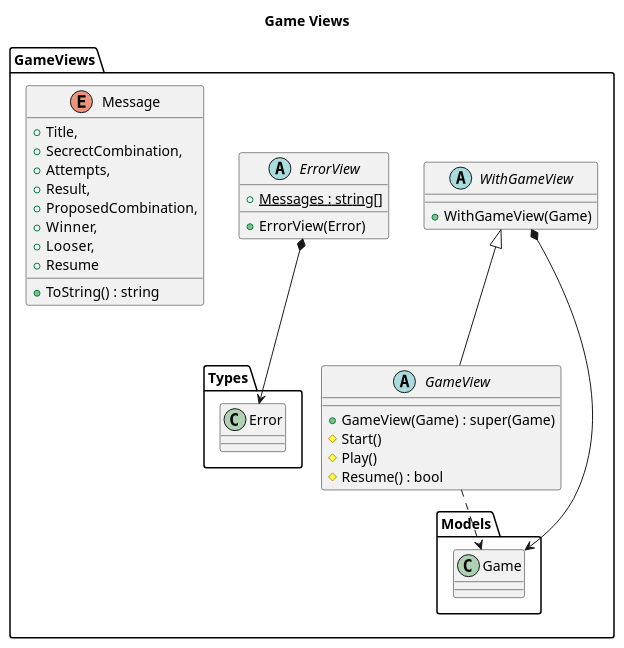
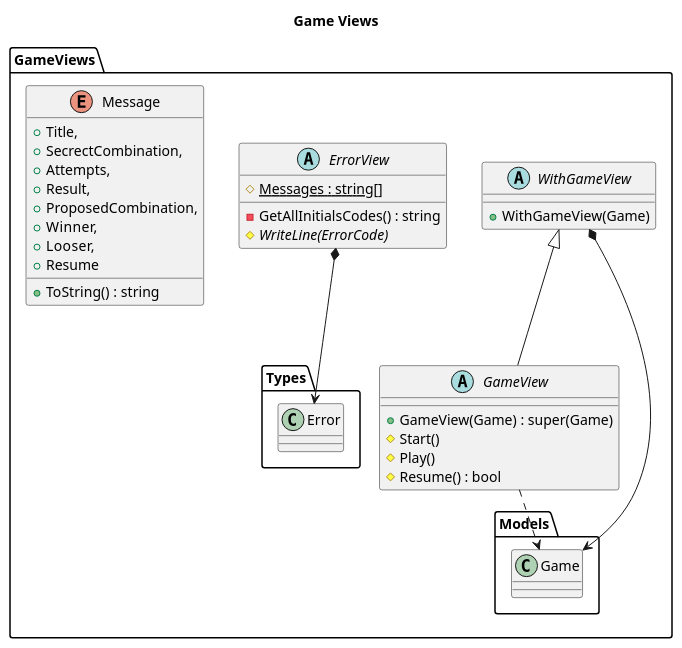
One commit to franpaulinoinfante/MasterSoftwareDevelopment changed the diagram in src/Mastermind/DocumentView/WitOutFactoryMethod/Docs/GameViews.plantuml. Above: the diagram before and after it, drawn with PlantUML. The commit also changed 3 other files, not shown here.

```diff
--- a/src/Mastermind/DocumentView/WitOutFactoryMethod/Docs/GameViews.plantuml
+++ b/src/Mastermind/DocumentView/WitOutFactoryMethod/Docs/GameViews.plantuml
@@ -1,36 +1,37 @@
 @startuml GameView
 title Game Views
 namespace GameViews{
     abstract WithGameView{
         +WithGameView(Game)
     }
     WithGameView *--> Models.Game
     WithGameView <|-- GameView
 
     abstract GameView{
         +GameView(Game) : super(Game)
         #Start()
         #Play()
         #Resume() : bool
     }
     GameView ..> Models.Game
 
     abstract ErrorView{
-        +{static}Messages : string[]
-        +ErrorView(Error)
+        #{static}Messages : string[]
+        -GetAllInitialsCodes() : string
+        #{abstract}WriteLine(ErrorCode)
     }
     ErrorView *--> Types.Error
 
     enum Message{
         +Title,
         +SecrectCombination,
         +Attempts,
         +Result,
         +ProposedCombination,
         +Winner,
         +Looser,
         +Resume
         +ToString() : string
     }
 }
 @enduml
```
